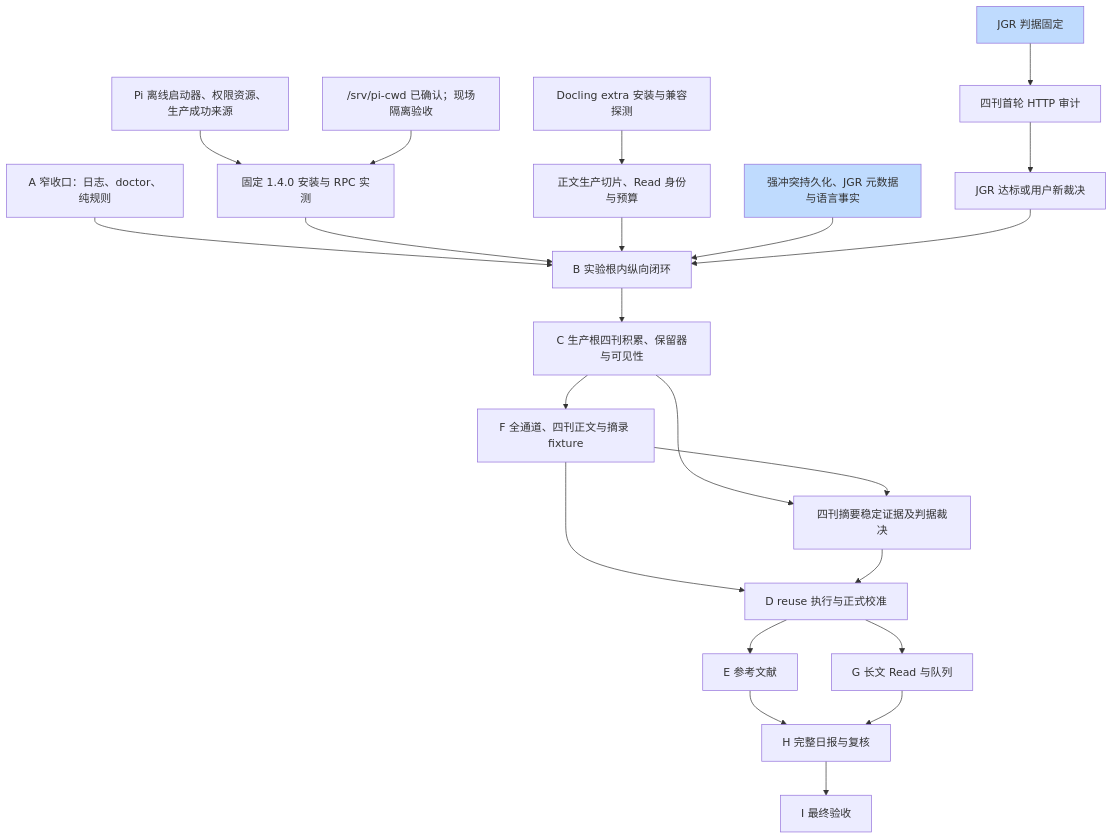
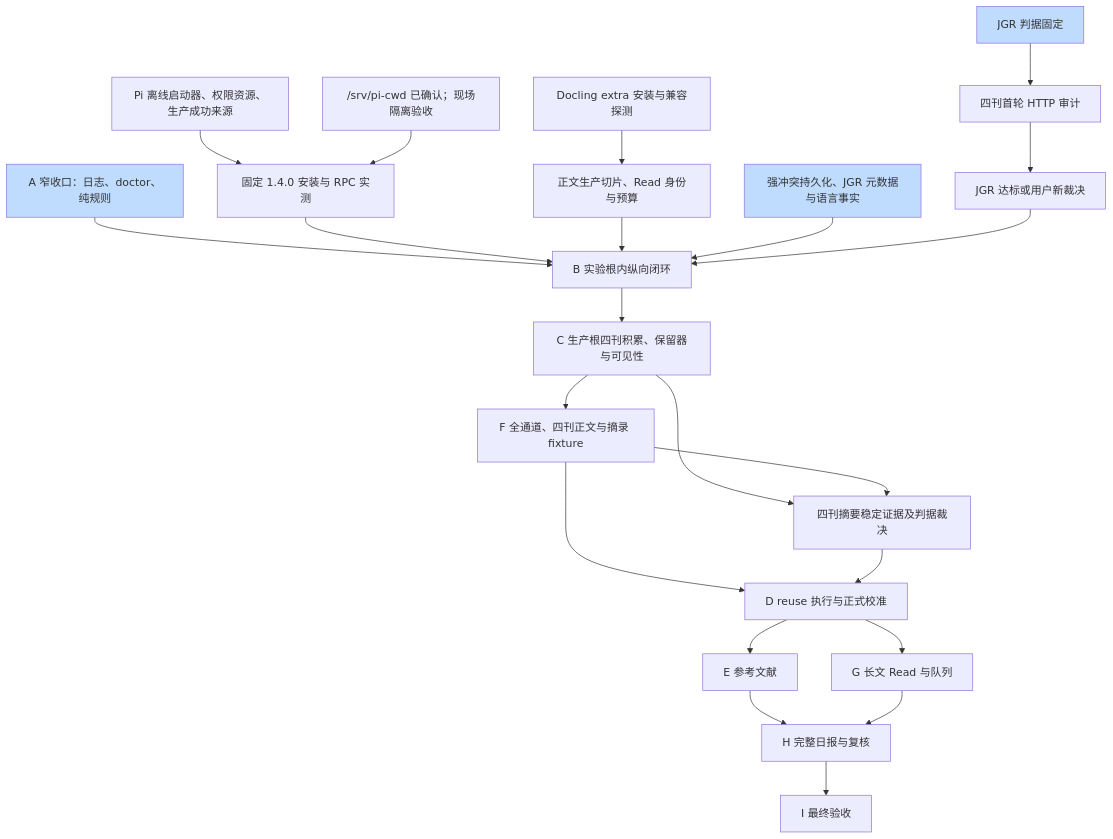
One commit to MeteoBoy4/PaperRadar changed the diagram in docs/roadmap.md. Above: the diagram before and after it, drawn with Mermaid. The commit also changed other lines of this file and 21 other files, not shown here.

````diff
--- a/docs/roadmap.md
+++ b/docs/roadmap.md
@@ -19,26 +19,26 @@
 ```mermaid
 flowchart TD
   J[JGR 判据固定] --> Audit[四刊首轮 HTTP 审计]
   Audit --> Source[JGR 达标或用户新裁决]
   A[A 窄收口：日志、doctor、纯规则] --> B[B 实验根内纵向闭环]
   Pi[Pi 离线启动器、权限资源、生产成功来源] --> Live[固定 1.4.0 安装与 RPC 实测]
   Cwd["/srv/pi-cwd 已确认；现场隔离验收"] --> Live
   Live --> B
   Extra[Docling extra 安装与兼容探测] --> Body[正文生产切片、Read 身份与预算]
   Body --> B
   Feed[强冲突持久化、JGR 元数据与语言事实] --> B
   Source --> B
   B --> C[C 生产根四刊积累、保留器与可见性]
   C --> F[F 全通道、四刊正文与摘录 fixture]
   C --> Abstract[四刊摘要稳定证据及判据裁决]
   F --> Abstract
   F --> D[D reuse 执行与正式校准]
   Abstract --> D
   D --> E[E 参考文献]
   D --> G[G 长文 Read 与队列]
   E --> H[H 完整日报与复核]
   G --> H
   H --> I[I 最终验收]
   classDef completed fill:#bfdbfe
-  class J,Feed completed
+  class J,A,Feed completed
 ```
````
